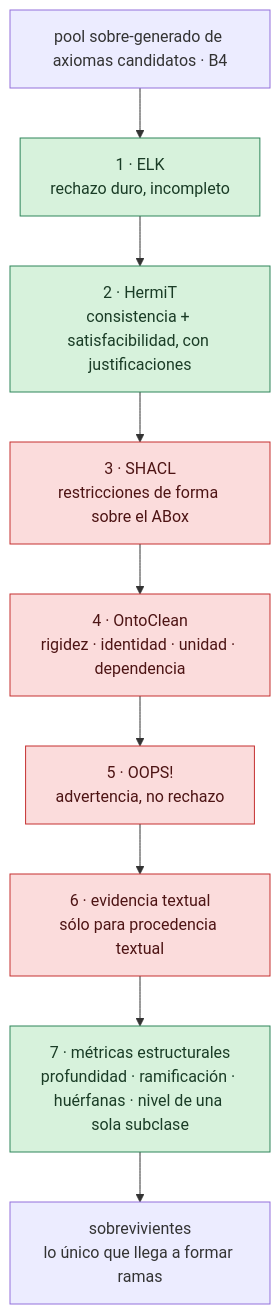
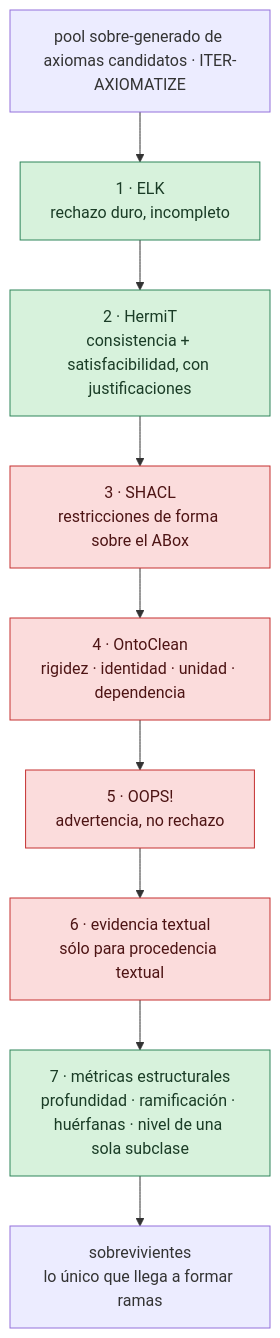
One commit to gonzatorte/ontology_and_llm_pipeline changed the fourth of 8 diagrams in especificacion_pipeline_ontologia.md. Above: the diagram before and after it, drawn with Mermaid. The commit also changed other lines of this file, not shown here.

````diff
--- a/especificacion_pipeline_ontologia.md
+++ b/especificacion_pipeline_ontologia.md
@@ -614,16 +614,16 @@
 ```mermaid
 flowchart TB
-  POOL["pool sobre-generado de axiomas candidatos · B4"] --> F1
+  POOL["pool sobre-generado de axiomas candidatos · ITER-AXIOMATIZE"] --> F1
   F1["1 · ELK<br/>rechazo duro, incompleto"] --> F2["2 · HermiT<br/>consistencia + satisfacibilidad, con justificaciones"]
   F2 --> F3["3 · SHACL<br/>restricciones de forma sobre el ABox"]
   F3 --> F4["4 · OntoClean<br/>rigidez · identidad · unidad · dependencia"]
   F4 --> F5["5 · OOPS!<br/>advertencia, no rechazo"]
   F5 --> F6["6 · evidencia textual<br/>sólo para procedencia textual"]
   F6 --> F7["7 · métricas estructurales<br/>profundidad · ramificación · huérfanas · nivel de una sola subclase"]
   F7 --> SURV["sobrevivientes<br/>lo único que llega a formar ramas"]
 
   classDef ok fill:#d7f2dc,stroke:#2f855a,color:#1a3c26
   classDef todo fill:#fbdcdc,stroke:#c53030,color:#4d1414
   class F1,F2,F7 ok
   class F3,F4,F5,F6 todo
 ```
````
